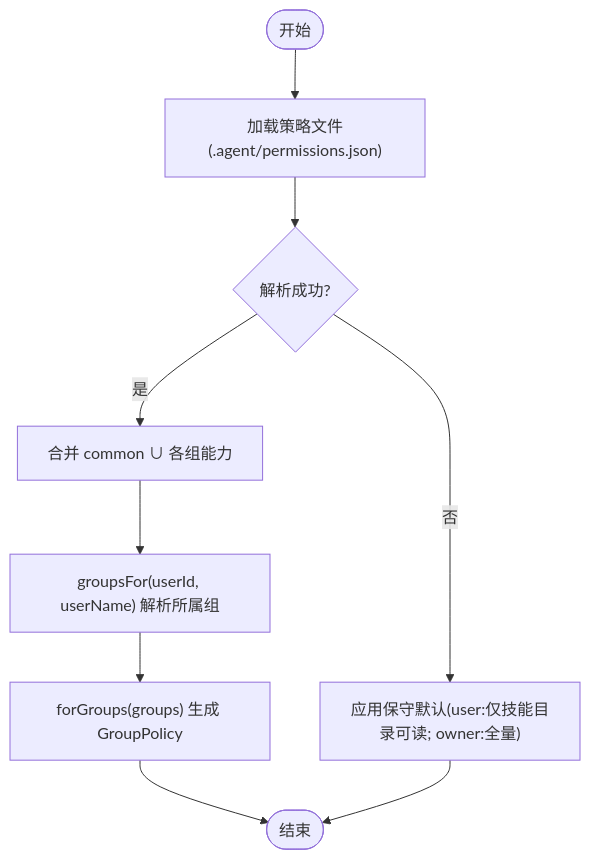
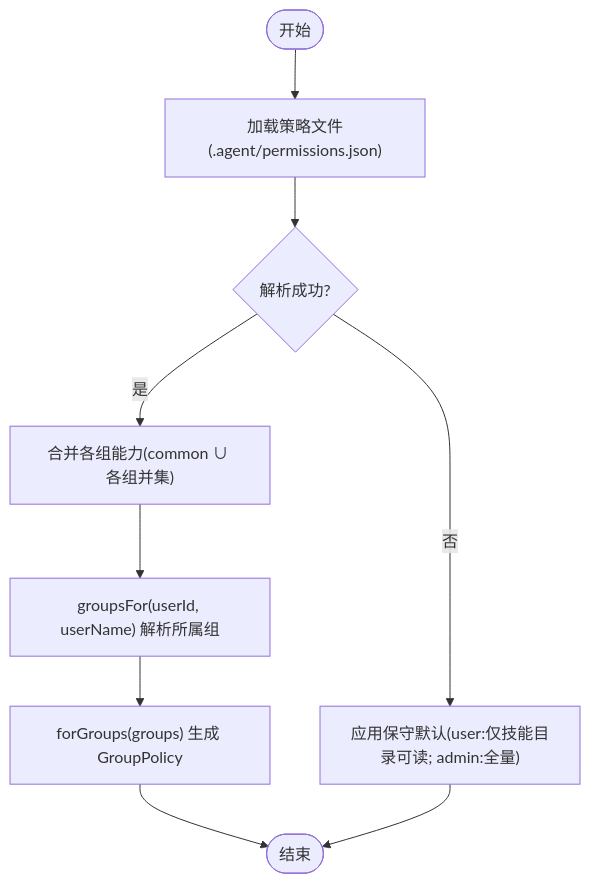
The third of 6 diagrams in .qoder/repowiki/zh/content/权限控制系统/权限控制系统.md (HeXiaoShu520/feishu-pi), drawn with Mermaid before and after one commit. The commit also changed other lines of this file and 47 other files, not shown here.

````diff
--- a/.qoder/repowiki/zh/content/权限控制系统/权限控制系统.md
+++ b/.qoder/repowiki/zh/content/权限控制系统/权限控制系统.md
@@ -164,11 +199,11 @@
 ```mermaid
 flowchart TD
 Start(["开始"]) --> Load["加载策略文件(.agent/permissions.json)"]
 Load --> Parse{"解析成功?"}
-Parse --> |否| Fallback["应用保守默认(user:仅技能目录可读; owner:全量)"]
-Parse --> |是| Merge["合并 common ∪ 各组能力"]
+Parse --> |否| Fallback["应用保守默认(user:仅技能目录可读; admin:全量)"]
+Parse --> |是| Merge["合并各组能力(common ∪ 各组并集)"]
 Merge --> Groups["groupsFor(userId, userName) 解析所属组"]
 Groups --> Policy["forGroups(groups) 生成 GroupPolicy"]
 Policy --> End(["结束"])
 Fallback --> End
 ```
````
